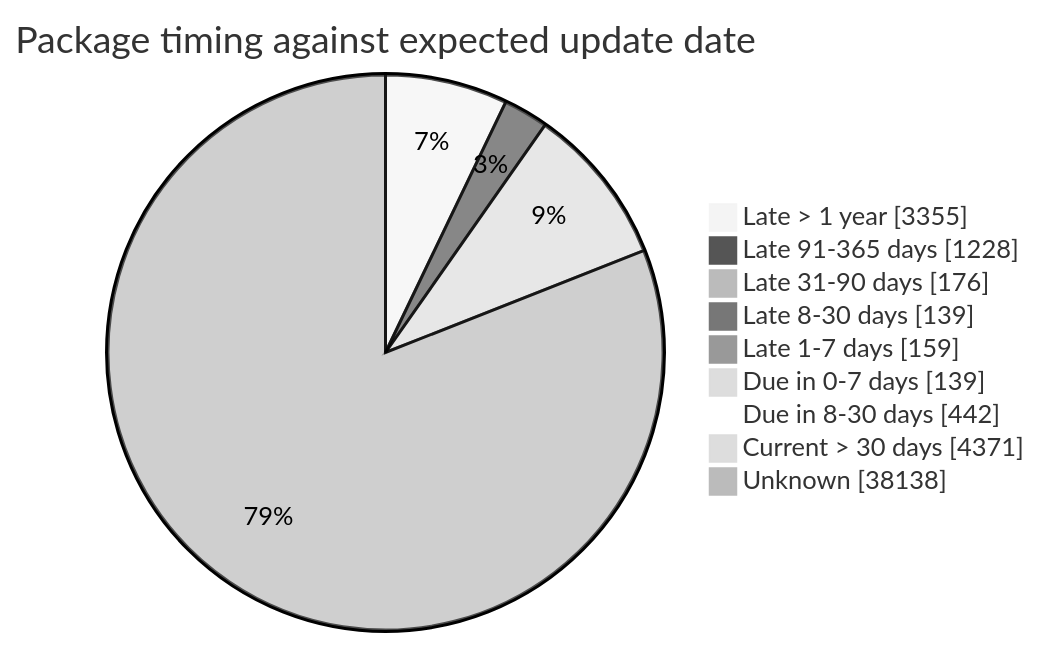
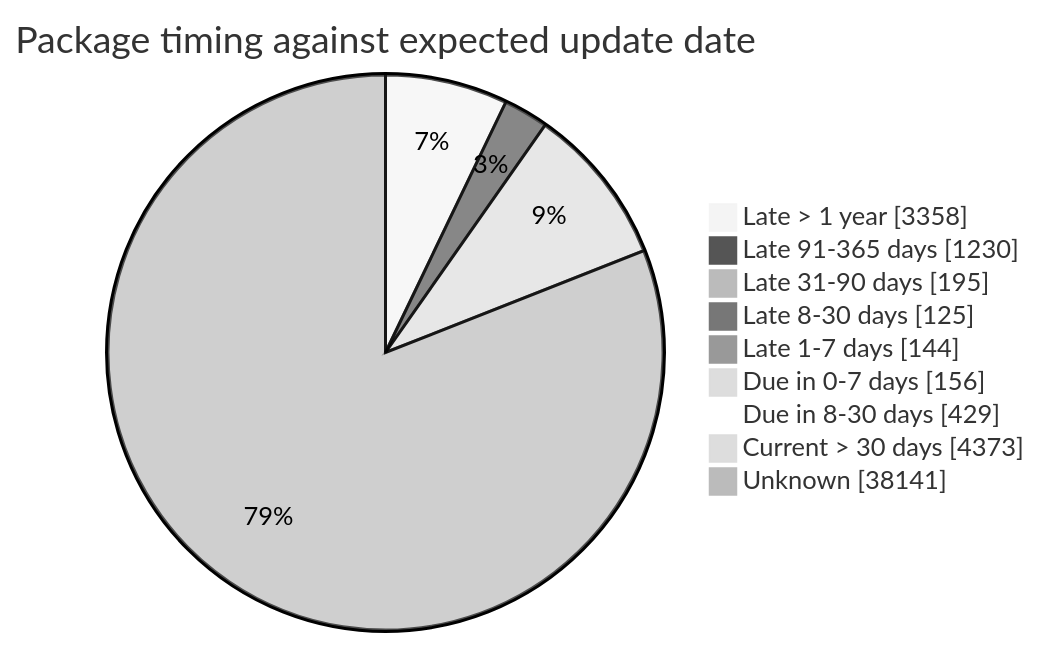
The fourth of 5 diagrams in FreshCheck/README.md (open-data/analytics-corporate-reporting), drawn with Mermaid (neutral theme) before and after one commit. The commit also changed other lines of this file and 3 other files, not shown here.

````diff
--- a/FreshCheck/README.md
+++ b/FreshCheck/README.md
@@ -86,12 +86,12 @@
 ```mermaid
 pie showData title Package timing against expected update date
-    "Late > 1 year": 3355
-    "Late 91-365 days": 1228
-    "Late 31-90 days": 176
-    "Late 8-30 days": 139
-    "Late 1-7 days": 159
-    "Due in 0-7 days": 139
-    "Due in 8-30 days": 442
-    "Current > 30 days": 4371
-    "Unknown": 38138
+    "Late > 1 year": 3358
+    "Late 91-365 days": 1230
+    "Late 31-90 days": 195
+    "Late 8-30 days": 125
+    "Late 1-7 days": 144
+    "Due in 0-7 days": 156
+    "Due in 8-30 days": 429
+    "Current > 30 days": 4373
+    "Unknown": 38141
 ```
````
